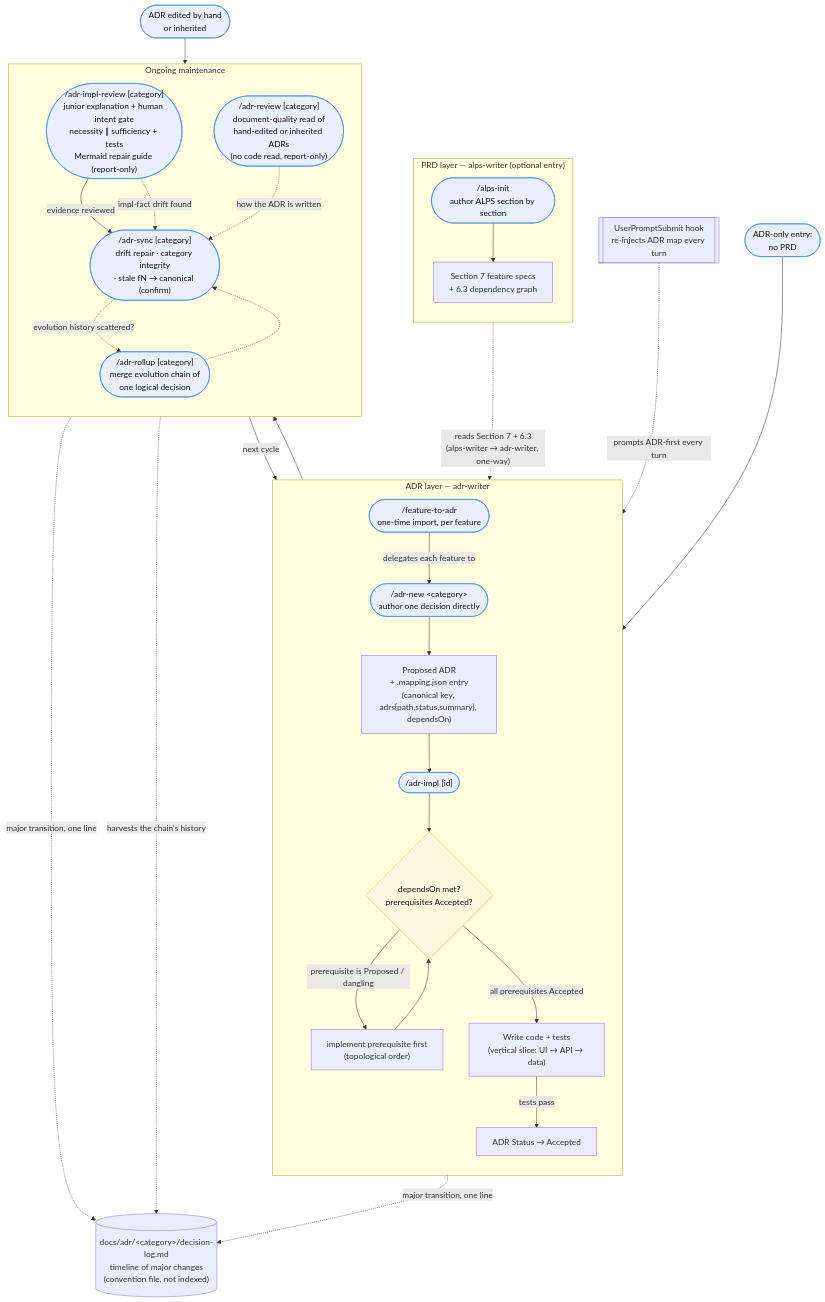
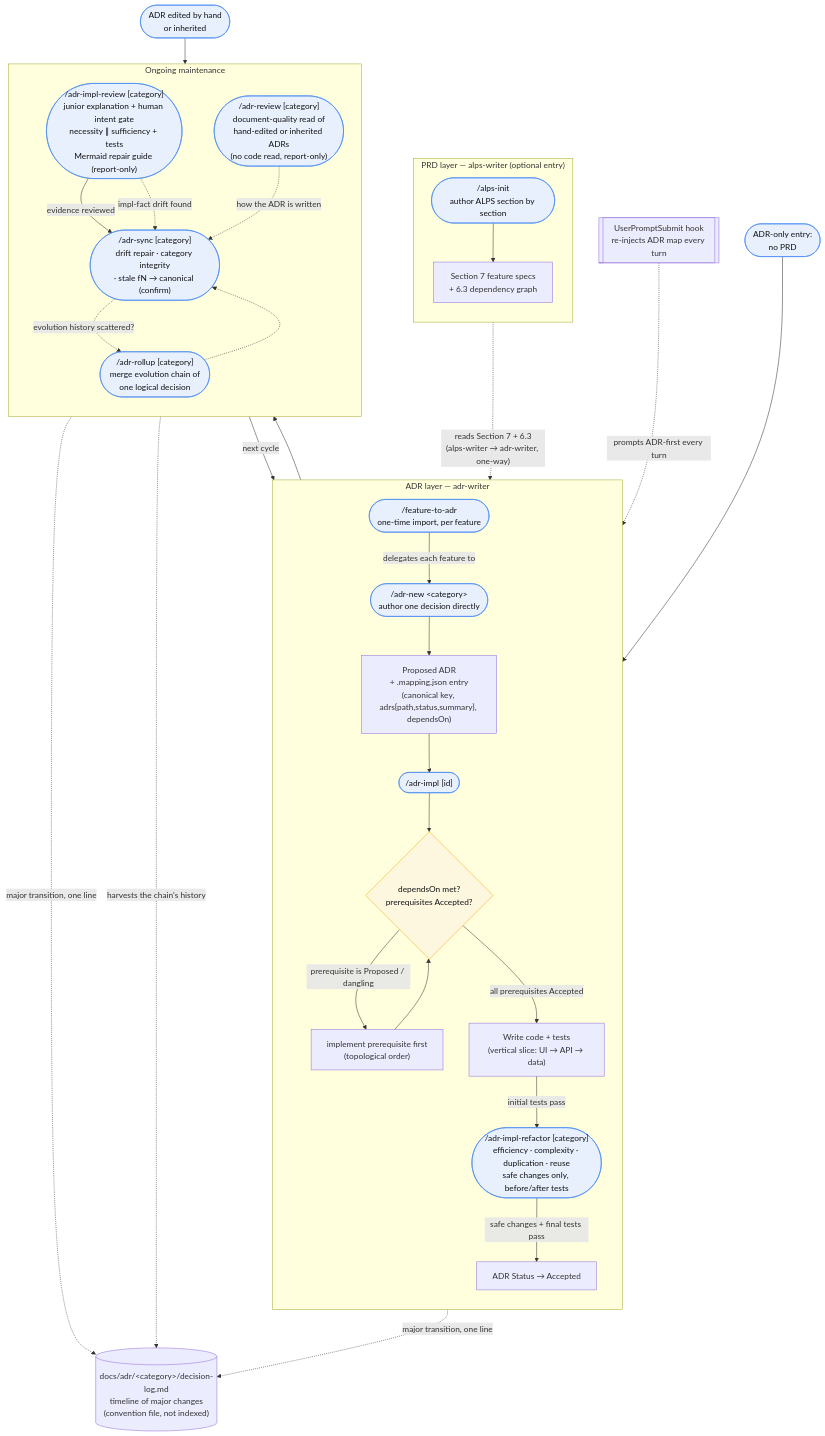
The second of 2 diagrams in docs/usage.md (haandol/alps-writer-mcp), drawn with Mermaid before and after one commit. The commit also changed other lines of this file and 23 other files, not shown here.

````diff
--- a/docs/usage.md
+++ b/docs/usage.md
@@ -27,60 +29,62 @@
 ```mermaid
 flowchart TD
     subgraph prd["PRD layer — alps-writer (optional entry)"]
         direction TB
         Init(["/alps-init<br/>author ALPS section by section"])
         S7["Section 7 feature specs<br/>+ 6.3 dependency graph"]
         Init --> S7
     end
 
     subgraph adr["ADR layer — adr-writer"]
         direction TB
         F2A(["/feature-to-adr<br/>one-time import, per feature"])
         New(["/adr-new &lt;category&gt;<br/>author one decision directly"])
         Proposed["Proposed ADR<br/>+ .mapping.json entry<br/>(canonical key, adrs{path,status,summary}, dependsOn)"]
         Impl(["/adr-impl [id]"])
         Gate{"dependsOn met?<br/>prerequisites Accepted?"}
         Code["Write code + tests<br/>(vertical slice: UI → API → data)"]
+        Refactor(["/adr-impl-refactor [category]<br/>efficiency · complexity · duplication · reuse<br/>safe changes only, before/after tests"])
         Accepted["ADR Status → Accepted"]
 
         F2A -->|delegates each feature to| New
         New --> Proposed
         Proposed --> Impl
         Impl --> Gate
         Gate -->|prerequisite is Proposed / dangling| PrereqFirst["implement prerequisite first<br/>(topological order)"]
         PrereqFirst --> Gate
         Gate -->|all prerequisites Accepted| Code
-        Code -->|tests pass| Accepted
+        Code -->|initial tests pass| Refactor
+        Refactor -->|safe changes + final tests pass| Accepted
     end
 
     subgraph maint["Ongoing maintenance"]
         direction TB
         Review(["/adr-impl-review [category]<br/>junior explanation + human intent gate<br/>necessity ∥ sufficiency + tests<br/>Mermaid repair guide (report-only)"])
         Sync(["/adr-sync [category]<br/>drift repair · category integrity<br/>· stale fN → canonical (confirm)"])
         Rollup(["/adr-rollup [category]<br/>merge evolution chain of<br/>one logical decision"])
         DocRev(["/adr-review [category]<br/>document-quality read of<br/>hand-edited or inherited ADRs<br/>(no code read, report-only)"])
     end
 
     Hook[["UserPromptSubmit hook<br/>re-injects ADR map every turn"]]
     Log[("docs/adr/&lt;category&gt;/decision-log.md<br/>timeline of major changes<br/>(convention file, not indexed)")]
 
     S7 -.->|"reads Section 7 + 6.3<br/>(alps-writer → adr-writer, one-way)"| F2A
     Start(["ADR-only entry:<br/>no PRD"]) --> New
     Accepted --> Review
     Review -->|evidence reviewed| Sync
     Review -.->|impl-fact drift found| Sync
     Sync -->|next cycle| Impl
     Sync -.->|evolution history scattered?| Rollup
     Rollup -.-> Sync
     Hand(["ADR edited by hand<br/>or inherited"]) --> DocRev
     DocRev -.->|"how the ADR is written"| Sync
     Hook -.->|prompts ADR-first every turn| Impl
     Impl -.->|"major transition, one line"| Log
     Sync -.->|"major transition, one line"| Log
     Rollup -.->|"harvests the chain's history"| Log
 
     classDef cmd fill:#e8f0fe,stroke:#4285f4,color:#111;
     classDef gate fill:#fef7e0,stroke:#f9ab00,color:#111;
-    class Init,F2A,New,Impl,Review,Sync,Rollup,DocRev,Start,Hand cmd;
+    class Init,F2A,New,Impl,Refactor,Review,Sync,Rollup,DocRev,Start,Hand cmd;
     class Gate gate;
 ```
````
